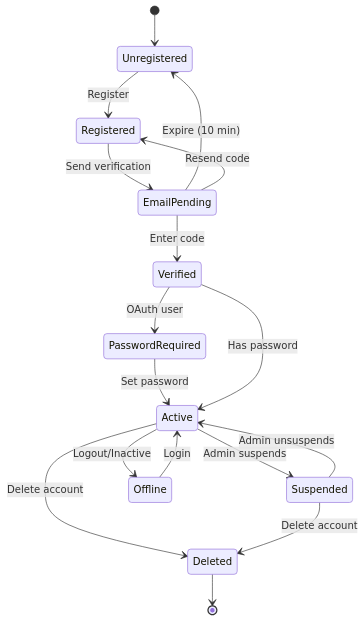
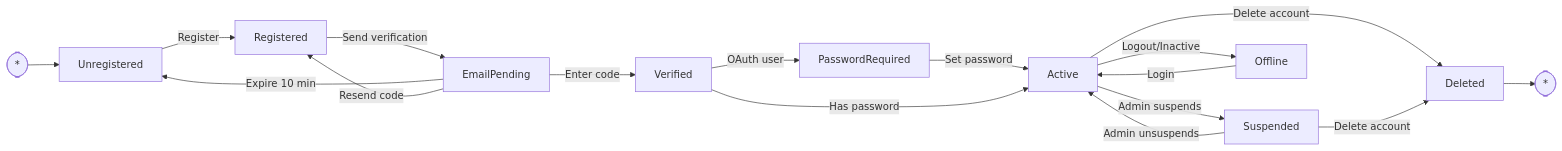
Before and after one commit to vd120/laravel_project: diagram 17 of 28 in UML.md, drawn with Mermaid. The commit also changed other lines of this file, not shown here.

````diff
--- a/UML.md
+++ b/UML.md
@@ -1244,25 +1244,19 @@
 ```mermaid
-stateDiagram
-    [*] --> Unregistered
-
-    Unregistered --> Registered: Register
-    Registered --> EmailPending: Send verification
-    EmailPending --> Verified: Enter code
-    EmailPending --> Unregistered: Expire (10 min)
-    EmailPending --> Registered: Resend code
-
-    Verified --> PasswordRequired: OAuth user
-    PasswordRequired --> Active: Set password
-
-    Verified --> Active: Has password
-    Active --> Suspended: Admin suspends
-    Suspended --> Active: Admin unsuspends
-
-    Active --> Offline: Logout/Inactive
-    Offline --> Active: Login
-
-    Active --> Deleted: Delete account
-    Suspended --> Deleted: Delete account
-
-    Deleted --> [*]
+flowchart LR
+    Start([*]) --> Unregistered
+    Unregistered -->|Register| Registered
+    Registered -->|Send verification| EmailPending
+    EmailPending -->|Enter code| Verified
+    EmailPending -->|Expire 10 min| Unregistered
+    EmailPending -->|Resend code| Registered
+    Verified -->|OAuth user| PasswordRequired
+    PasswordRequired -->|Set password| Active
+    Verified -->|Has password| Active
+    Active -->|Admin suspends| Suspended
+    Suspended -->|Admin unsuspends| Active
+    Active -->|Logout/Inactive| Offline
+    Offline -->|Login| Active
+    Active -->|Delete account| Deleted
+    Suspended -->|Delete account| Deleted
+    Deleted --> End([*])
 ```
````
